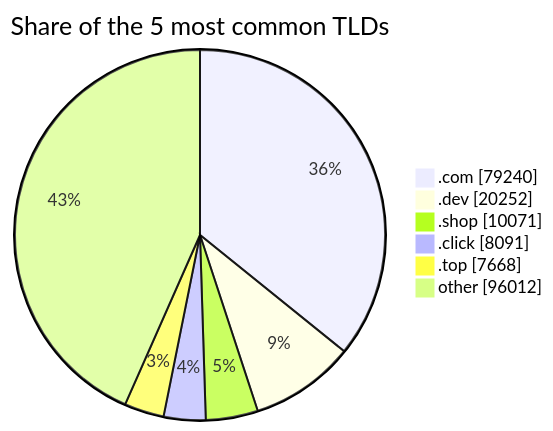
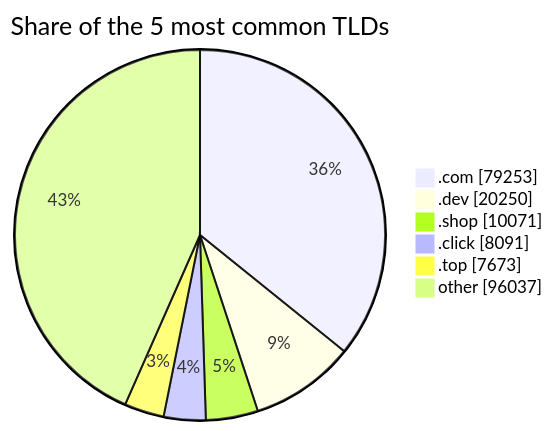
One commit to DNSBunker/CTI changed the third of 3 diagrams in README.md. Above: the diagram before and after it, drawn with Mermaid. The commit also changed other lines of this file and 3 other files, not shown here.

````diff
--- a/README.md
+++ b/README.md
@@ -81,9 +81,9 @@
 ```mermaid
 pie showData title Share of the 5 most common TLDs
-    ".com" : 79240
-    ".dev" : 20252
+    ".com" : 79253
+    ".dev" : 20250
     ".shop" : 10071
     ".click" : 8091
-    ".top" : 7668
-    "other" : 96012
+    ".top" : 7673
+    "other" : 96037
 ```
````
